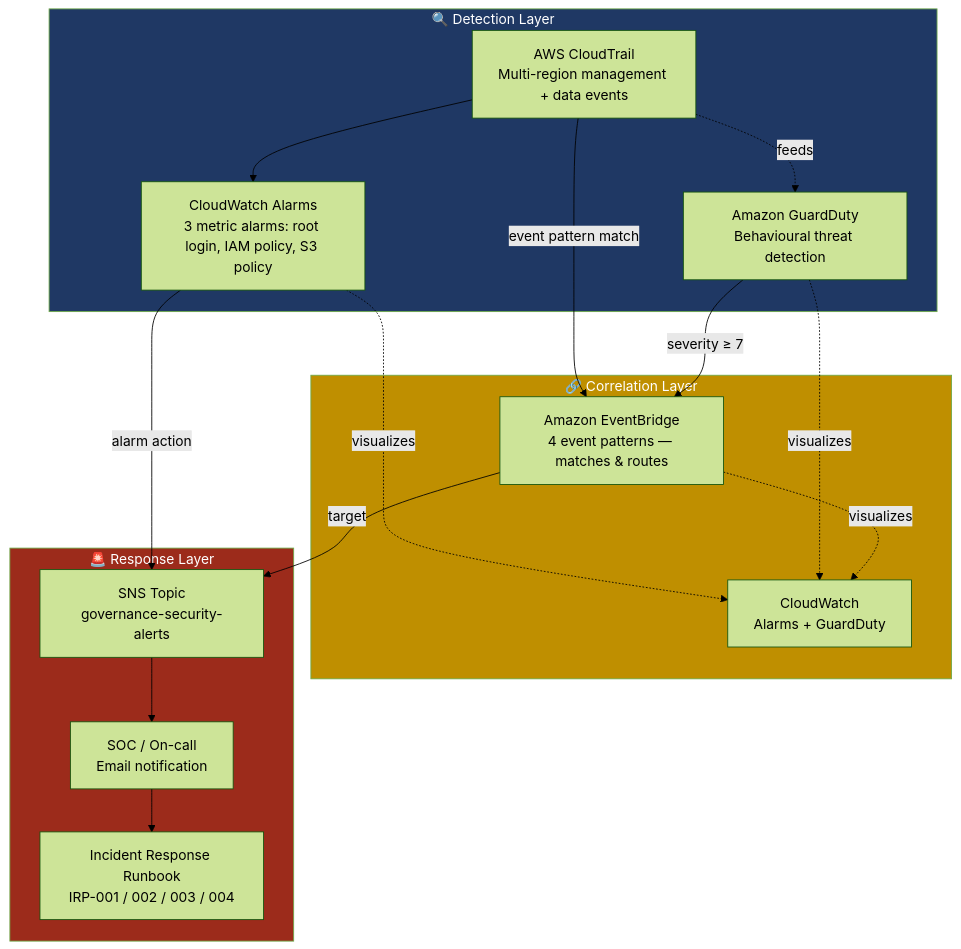
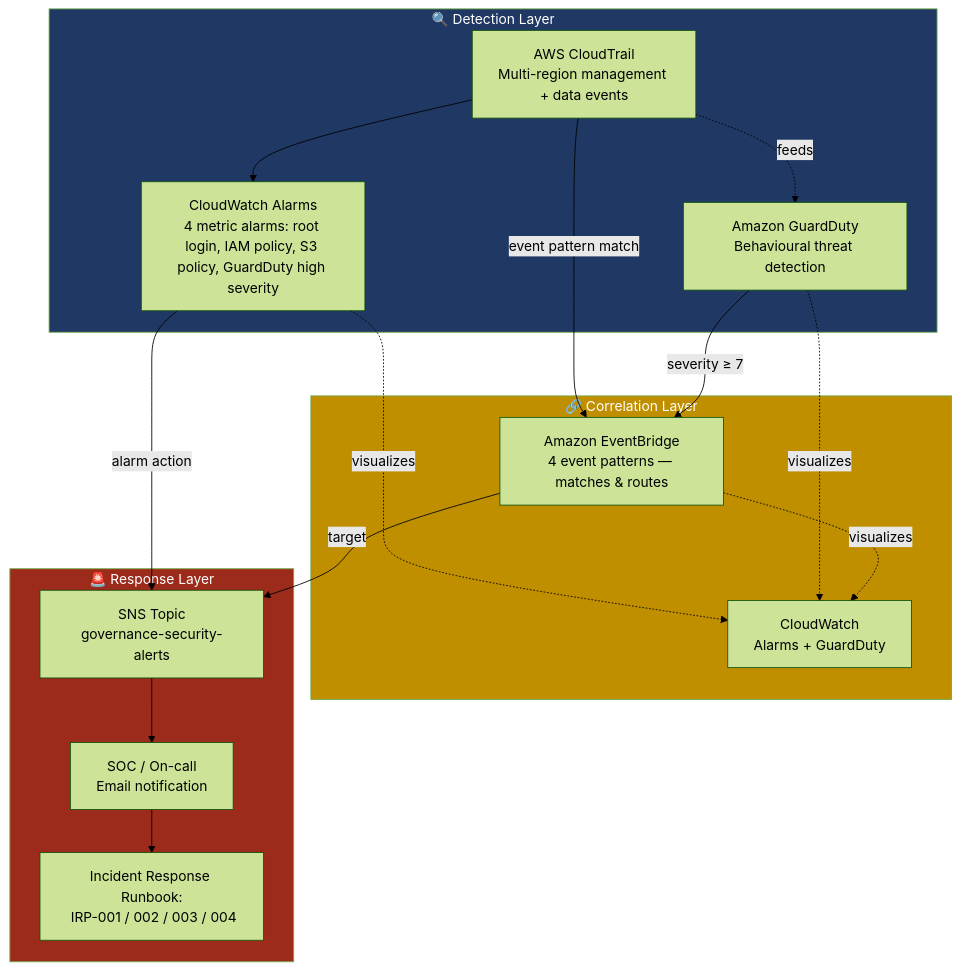
One commit to arunkumar-cloudgrc/aws-security-governance-portfolio changed the diagram in 02-threat-detection-pipeline/README.md. Above: the diagram before and after it, drawn with Mermaid (forest theme).

````diff
--- a/02-threat-detection-pipeline/README.md
+++ b/02-threat-detection-pipeline/README.md
@@ -60,34 +60,34 @@
 ```mermaid
 flowchart TB
     subgraph DETECT["🔍 Detection Layer"]
         CT["AWS CloudTrail<br/>Multi-region management + data events"]
-        CW["CloudWatch Alarms<br/>3 metric alarms: root login, IAM policy, S3 policy"]
+        CW["CloudWatch Alarms<br/>4 metric alarms: root login, IAM policy, S3 policy, GuardDuty high severity"]
         GD["Amazon GuardDuty<br/>Behavioural threat detection"]
         CT --> CW
         CT -.->|feeds| GD
     end
 
     subgraph CORR["🔗 Correlation Layer"]
         EB["Amazon EventBridge<br/>4 event patterns — matches & routes"]
         DASH["CloudWatch<br/>Alarms + GuardDuty"]
     end
 
     subgraph RESP["🚨 Response Layer"]
         SNS["SNS Topic<br/>governance-security-alerts"]
         SOC["SOC / On-call<br/>Email notification"]
-        RB["Incident Response Runbook<br/>IRP-001 / 002 / 003 / 004"]
+        RB["Incident Response Runbook:<br/> IRP-001 / 002 / 003 / 004"]
         SNS --> SOC --> RB
     end
 
     CW -->|alarm action| SNS
     CT -->|event pattern match| EB
     GD -->|severity ≥ 7| EB
     EB -->|target| SNS
     CW -.->|visualizes| DASH
     GD -.->|visualizes| DASH
     EB -.->|visualizes| DASH
 
     style DETECT fill:#1F3864,color:#fff
     style CORR fill:#BF8F00,color:#fff
     style RESP fill:#9C2B1B,color:#fff
 ```
````
